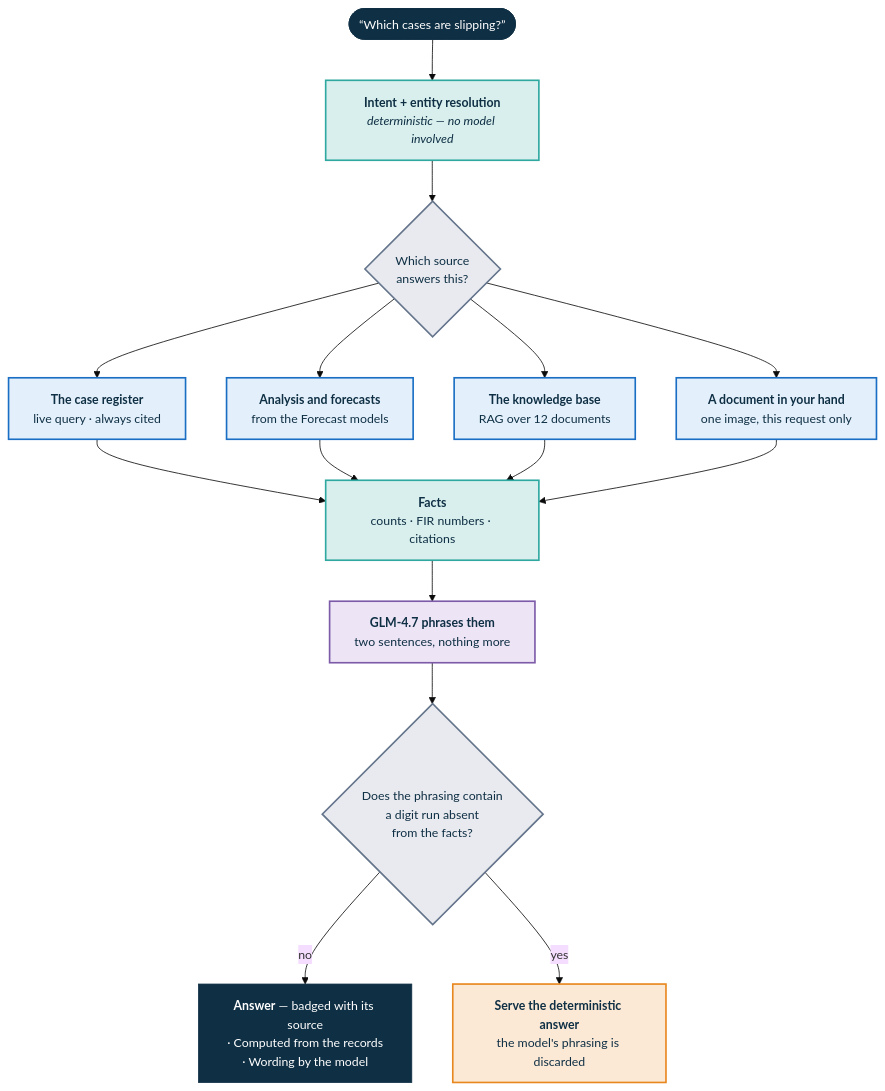
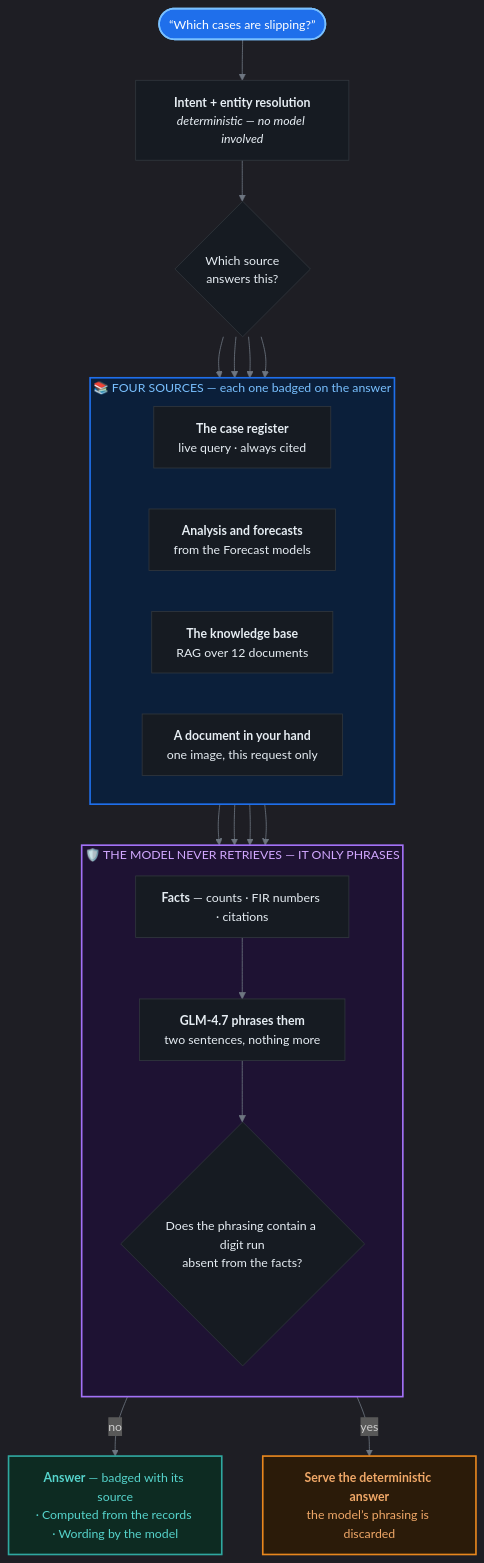
One commit to adarshcod30/Kadi changed the second of 6 diagrams in README.md. Above: the diagram before and after it, drawn with Mermaid. The commit also changed other lines of this file, not shown here.

First line of the commit message:
Restyle the diagrams for a dark page

````diff
--- a/README.md
+++ b/README.md
@@ -326,38 +324,44 @@
 ```mermaid
-%%{init: {'theme':'base','themeVariables':{'fontSize':'15px','fontFamily':'ui-sans-serif, system-ui, sans-serif'}}}%%
+%%{init: {'theme':'dark','themeVariables':{'fontSize':'15px','fontFamily':'ui-sans-serif, system-ui, sans-serif','lineColor':'#6e7681','primaryTextColor':'#e6edf3'}}}%%
 flowchart TD
     Q(["“Which cases are slipping?”"])
     I["<b>Intent + entity resolution</b><br/><i>deterministic — no model involved</i>"]
     R{"Which source<br/>answers this?"}
 
-    A["<b>The case register</b><br/>live query · always cited"]
-    B["<b>Analysis and forecasts</b><br/>from the Forecast models"]
-    C["<b>The knowledge base</b><br/>RAG over 12 documents"]
-    D["<b>A document in your hand</b><br/>one image, this request only"]
+    subgraph SRC["📚  FOUR SOURCES — each one badged on the answer"]
+        direction LR
+        A["<b>The case register</b><br/>live query · always cited"]
+        B["<b>Analysis and forecasts</b><br/>from the Forecast models"]
+        C["<b>The knowledge base</b><br/>RAG over 12 documents"]
+        D["<b>A document in your hand</b><br/>one image, this request only"]
+    end
 
-    F["<b>Facts</b><br/>counts · FIR numbers · citations"]
-    P["<b>GLM-4.7 phrases them</b><br/>two sentences, nothing more"]
-    G{"Does the phrasing contain<br/>a digit run absent<br/>from the facts?"}
-    OUT["<b>Answer</b> — badged with its source<br/>· Computed from the records<br/>· Wording by the model"]
-    FALL["<b>Serve the deterministic answer</b><br/>the model's phrasing is discarded"]
+    subgraph GUARD["🛡️  THE MODEL NEVER RETRIEVES — IT ONLY PHRASES"]
+        direction TB
+        F["<b>Facts</b> — counts · FIR numbers · citations"]
+        P["<b>GLM-4.7 phrases them</b><br/>two sentences, nothing more"]
+        G{"Does the phrasing contain a digit run<br/>absent from the facts?"}
+        F --> P --> G
+    end
+
+    OUT["<b>Answer</b> — badged with its source<br/>· Computed from the records · Wording by the model"]
+    FALL["<b>Serve the deterministic answer</b><br/>the model’s phrasing is discarded"]
 
     Q --> I --> R
     R --> A & B & C & D
-    A & B & C & D --> F --> P --> G
+    A & B & C & D --> F
     G -->|no| OUT
     G -->|yes| FALL
 
-    classDef ask   fill:#E8EAEF,stroke:#64748B,stroke-width:2px,color:#0F2F44
-    classDef src   fill:#E3F0FB,stroke:#1A6FC4,stroke-width:2px,color:#0F2F44
-    classDef fact  fill:#D8EFED,stroke:#2FA8A0,stroke-width:2px,color:#0F2F44
-    classDef model fill:#EDE4F5,stroke:#7C5BA8,stroke-width:2px,color:#0F2F44
-    classDef guard fill:#FBE9D6,stroke:#E8871E,stroke-width:2px,color:#0F2F44
-    classDef actor fill:#0F2F44,stroke:#0F2F44,color:#FFFFFF
+    classDef box   fill:#161b22,stroke:#30363d,stroke-width:1px,color:#e6edf3
+    classDef good  fill:#0d2b22,stroke:#2FA8A0,stroke-width:2px,color:#56d4cc
+    classDef warn  fill:#2b1b09,stroke:#E8871E,stroke-width:2px,color:#f0a868
+    classDef actor fill:#1f6feb,stroke:#79c0ff,stroke-width:2px,color:#ffffff
+    class I,R,A,B,C,D,F,P,G box
+    class OUT good
+    class FALL warn
+    class Q actor
 
-    class R,G ask
-    class A,B,C,D src
-    class I,F fact
-    class P model
-    class FALL guard
-    class Q,OUT actor
+    style SRC   fill:#0b1f3a,stroke:#1f6feb,stroke-width:2px,color:#79c0ff
+    style GUARD fill:#1e1233,stroke:#a371f7,stroke-width:2px,color:#d2a8ff
 ```
````
